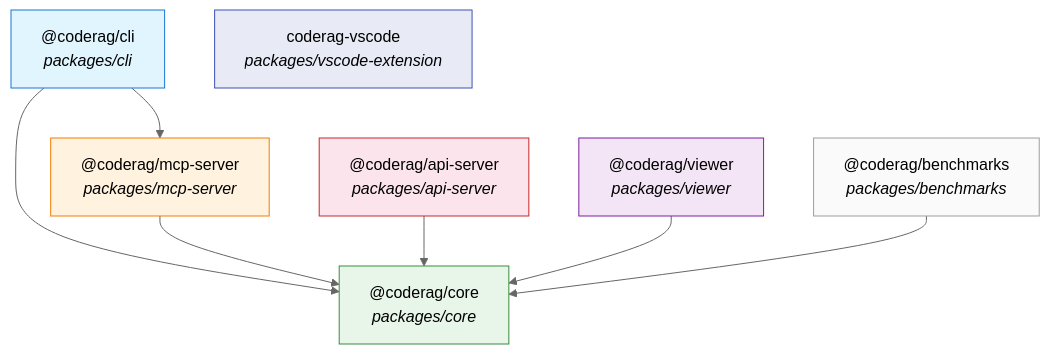
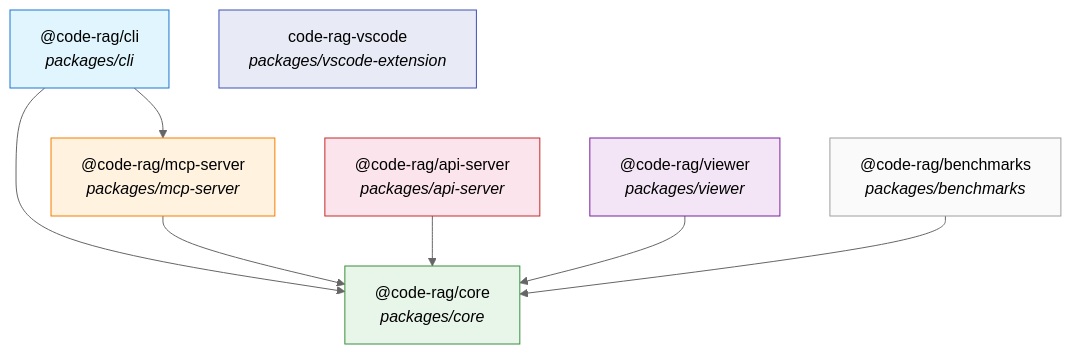
One commit to maciek-O-digiaidev/CodeRAG changed the second of 5 diagrams in docs/architecture.md. Above: the diagram before and after it, drawn with Mermaid (neutral theme). The commit also changed other lines of this file and 74 other files, not shown here.

First line of the commit message:
AB#126 Rename npm scope from @coderag to @code-rag

````diff
--- a/docs/architecture.md
+++ b/docs/architecture.md
@@ -67,25 +67,25 @@
 ```mermaid
 graph TD
-    core["@coderag/core<br/><i>packages/core</i>"]
-    cli["@coderag/cli<br/><i>packages/cli</i>"]
-    mcp["@coderag/mcp-server<br/><i>packages/mcp-server</i>"]
-    api["@coderag/api-server<br/><i>packages/api-server</i>"]
-    viewer["@coderag/viewer<br/><i>packages/viewer</i>"]
-    vscode["coderag-vscode<br/><i>packages/vscode-extension</i>"]
-    bench["@coderag/benchmarks<br/><i>packages/benchmarks</i>"]
+    core["@code-rag/core<br/><i>packages/core</i>"]
+    cli["@code-rag/cli<br/><i>packages/cli</i>"]
+    mcp["@code-rag/mcp-server<br/><i>packages/mcp-server</i>"]
+    api["@code-rag/api-server<br/><i>packages/api-server</i>"]
+    viewer["@code-rag/viewer<br/><i>packages/viewer</i>"]
+    vscode["code-rag-vscode<br/><i>packages/vscode-extension</i>"]
+    bench["@code-rag/benchmarks<br/><i>packages/benchmarks</i>"]
 
     cli --> core
     mcp --> core
     api --> core
     viewer --> core
     bench --> core
     cli --> mcp
 
     style core fill:#e8f5e9,stroke:#388e3c
     style cli fill:#e1f5fe,stroke:#1976d2
     style mcp fill:#fff3e0,stroke:#f57c00
     style api fill:#fce4ec,stroke:#c62828
     style viewer fill:#f3e5f5,stroke:#7b1fa2
     style vscode fill:#e8eaf6,stroke:#3f51b5
     style bench fill:#fafafa,stroke:#9e9e9e
 ```
````
